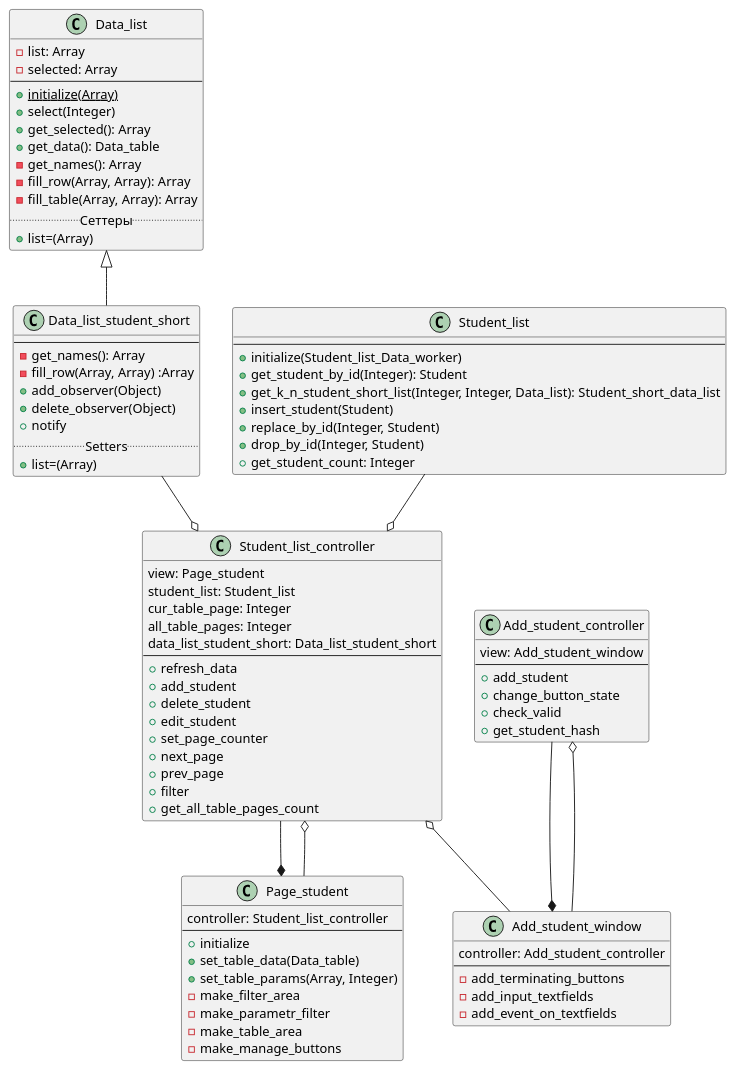
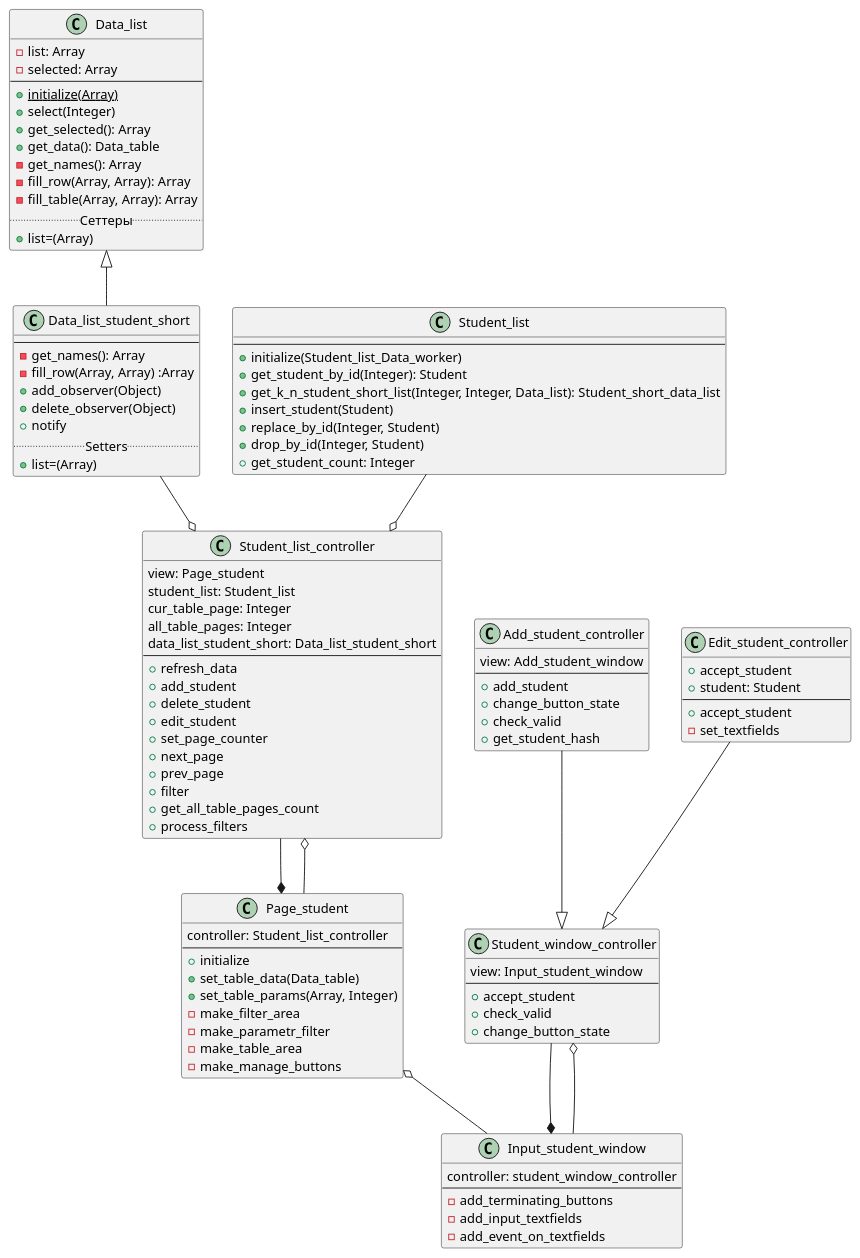
The diagram in Lab2/Student/diagrams/mvc_classes_diagram.puml (VitalijGolovij/PatternProgLabs), drawn with PlantUML before and after one commit. The commit also changed 14 other files, not shown here.

```diff
--- a/Lab2/Student/diagrams/mvc_classes_diagram.puml
+++ b/Lab2/Student/diagrams/mvc_classes_diagram.puml
@@ -1,102 +1,127 @@
 @startuml
 
 Class Data_list
  {
       -list: Array
       -selected: Array
  --
       +{static}initialize(Array)
       +select(Integer)
       +get_selected(): Array
       +get_data(): Data_table
       -get_names(): Array
       -fill_row(Array, Array): Array
       -fill_table(Array, Array): Array
 ..Сеттеры..
       +list=(Array)
   }
 
 Class Data_list_student_short
  {
  --
       -get_names(): Array
       -fill_row(Array, Array) :Array
 +add_observer(Object)
 +delete_observer(Object)
 +notify
 ..Setters..
 +list=(Array)
   }
 Class Student_list
 {
 --
 +initialize(Student_list_Data_worker)
 +get_student_by_id(Integer): Student
 +get_k_n_student_short_list(Integer, Integer, Data_list): Student_short_data_list
 +insert_student(Student)
 +replace_by_id(Integer, Student)
 +drop_by_id(Integer, Student)
 +get_student_count: Integer
 }
 
 class Page_student
 {
 controller: Student_list_controller
 --
 +initialize
 +set_table_data(Data_table)
 +set_table_params(Array, Integer)
 -make_filter_area
 -make_parametr_filter
 -make_table_area
 -make_manage_buttons
 }
 
 class Student_list_controller
 {
 view: Page_student
 student_list: Student_list
 cur_table_page: Integer
 all_table_pages: Integer
 data_list_student_short: Data_list_student_short
 --
 +refresh_data
 +add_student
 +delete_student
 +edit_student
 +set_page_counter
 +next_page
 +prev_page
 +filter
 +get_all_table_pages_count
++process_filters
 }
 
-class Add_student_window
+class Input_student_window
 {
-controller: Add_student_controller
+controller: student_window_controller
 --
 -add_terminating_buttons
 -add_input_textfields
 -add_event_on_textfields
 }
 
 class Add_student_controller
 {
 view: Add_student_window
 --
 +add_student
 +change_button_state
 +check_valid
 +get_student_hash
 }
 
+class Edit_student_controller
+{
++accept_student
+}
+
+class Edit_student_controller
+{
++student: Student
+--
++accept_student
+-set_textfields
+}
+
+class Student_window_controller
+{
+view: Input_student_window
+--
++accept_student
++check_valid
++change_button_state
+}
+
+Add_student_controller --|> Student_window_controller
+Edit_student_controller --|> Student_window_controller
 Data_list <|-- Data_list_student_short
 Student_list_controller --* Page_student
 Student_list_controller o-- Page_student
 Student_list --o Student_list_controller
 Data_list_student_short --o Student_list_controller
-Student_list_controller o-- Add_student_window
-Add_student_controller --* Add_student_window
-Add_student_controller o-- Add_student_window
+Page_student o-- Input_student_window
+Student_window_controller --* Input_student_window
+Student_window_controller o-- Input_student_window
 
 @enduml
```
